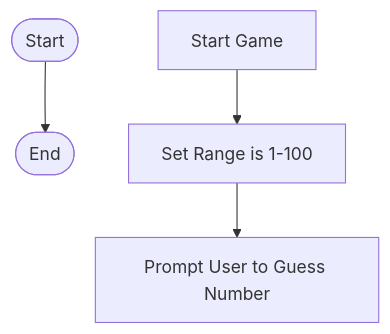
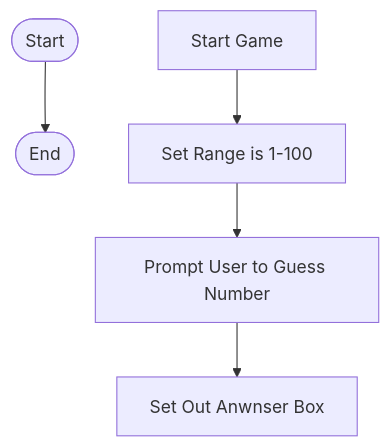
One commit to tanvirvirdi/tanvirvirdi.github.io changed the diagram in Guessing.md. Above: the diagram before and after it, drawn with Mermaid.

````diff
--- a/Guessing.md
+++ b/Guessing.md
@@ -1,6 +1,6 @@
 ```mermaid
 flowchart TD
     Start([Start])--> End([End])
     A[Start Game] --> B[Set Range is 1-100];
-    B--> C[Prompt User to Guess Number]
+    B--> C[Prompt User to Guess Number] -->D[Set Out Anwnser Box]
 ```
````
